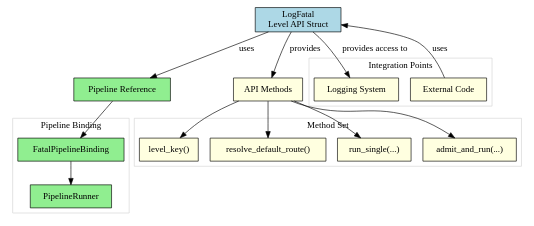
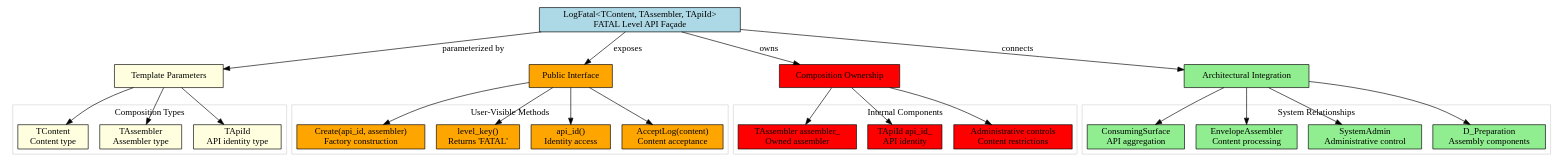
One commit to AlotfyDev/LoggingSystem changed the diagram in ProjectManagement/Architectural_Analysis/logging_system/L_Level_api/log_fatal.dot. Above: the diagram before and after it, drawn with Graphviz. The commit also changed 9 other files, not shown here.

First line of the commit message:
docs: Add comprehensive architectural documentation for metadata injector contract and all level APIs

```diff
--- a/ProjectManagement/Architectural_Analysis/logging_system/L_Level_api/log_fatal.dot
+++ b/ProjectManagement/Architectural_Analysis/logging_system/L_Level_api/log_fatal.dot
@@ -1,48 +1,78 @@
-digraph fatal_level_api {
+digraph log_fatal_architecture {
     rankdir=TB;
     node [shape=box, style=filled, fillcolor=lightblue];
 
-    log_fatal [label="LogFatal\nLevel API Struct"];
+    log_fatal_api [label="LogFatal<TContent, TAssembler, TApiId>\nFATAL Level API Façade"];
+
+    node [shape=box, style=filled, fillcolor=lightyellow];
+    template_params [label="Template Parameters"];
+
+    log_fatal_api -> template_params [label="parameterized by"];
+
+    subgraph cluster_template_params {
+        label="Composition Types";
+        color=lightgrey;
+        tcontent [label="TContent\nContent type"];
+        tassembler [label="TAssembler\nAssembler type"];
+        tapiid [label="TApiId\nAPI identity type"];
+    }
+
+    template_params -> tcontent;
+    template_params -> tassembler;
+    template_params -> tapiid;
+
+    node [shape=box, style=filled, fillcolor=orange];
+    public_interface [label="Public Interface"];
+
+    log_fatal_api -> public_interface [label="exposes"];
+
+    subgraph cluster_public_interface {
+        label="User-Visible Methods";
+        color=lightgrey;
+        create_method [label="Create(api_id, assembler)\nFactory construction"];
+        level_key_method [label="level_key()\nReturns 'FATAL'"];
+        api_id_getter [label="api_id()\nIdentity access"];
+        accept_log_method [label="AcceptLog(content)\nContent acceptance"];
+    }
+
+    public_interface -> create_method;
+    public_interface -> level_key_method;
+    public_interface -> api_id_getter;
+    public_interface -> accept_log_method;
+
+    node [shape=box, style=filled, fillcolor=red];
+    composition_ownership [label="Composition Ownership"];
+
+    log_fatal_api -> composition_ownership [label="owns"];
+
+    subgraph cluster_composition {
+        label="Internal Components";
+        color=lightgrey;
+        assembler_owned [label="TAssembler assembler_\nOwned assembler"];
+        api_id_owned [label="TApiId api_id_\nAPI identity"];
+        admin_controls [label="Administrative controls\nContent restrictions"];
+    }
+
+    composition_ownership -> assembler_owned;
+    composition_ownership -> api_id_owned;
+    composition_ownership -> admin_controls;
 
     node [shape=box, style=filled, fillcolor=lightgreen];
-    pipeline_ref [label="Pipeline Reference"];
-    log_fatal -> pipeline_ref [label="uses"];
+    architectural_integration [label="Architectural Integration"];
 
-    subgraph cluster_pipeline {
-        label="Pipeline Binding";
+    log_fatal_api -> architectural_integration [label="connects"];
+
+    subgraph cluster_integration {
+        label="System Relationships";
         color=lightgrey;
-        fatal_pipeline [label="FatalPipelineBinding"];
-        runner [label="PipelineRunner"];
+        consuming_surface [label="ConsumingSurface\nAPI aggregation"];
+        envelope_assembler [label="EnvelopeAssembler\nContent processing"];
+        system_admin [label="SystemAdmin\nAdministrative control"];
+        preparation_layer [label="D_Preparation\nAssembly components"];
     }
 
-    pipeline_ref -> fatal_pipeline;
-    fatal_pipeline -> runner;
-
-    node [shape=box, style=filled, fillcolor=lightyellow];
-    methods [label="API Methods"];
-    log_fatal -> methods [label="provides"];
-
-    subgraph cluster_methods {
-        label="Method Set";
-        color=lightgrey;
-        level_key_method [label="level_key()"];
-        resolve_route [label="resolve_default_route()"];
-        run_single [label="run_single(...)"];
-        admit_and_run [label="admit_and_run(...)"];
-    }
-
-    methods -> level_key_method;
-    methods -> resolve_route;
-    methods -> run_single;
-    methods -> admit_and_run;
-
-    subgraph cluster_integration {
-        label="Integration Points";
-        color=lightgrey;
-        consumer [label="External Code"];
-        system [label="Logging System"];
-    }
-
-    consumer -> log_fatal [label="uses"];
-    log_fatal -> system [label="provides access to"];
+    architectural_integration -> consuming_surface;
+    architectural_integration -> envelope_assembler;
+    architectural_integration -> system_admin;
+    architectural_integration -> preparation_layer;
 }
```
